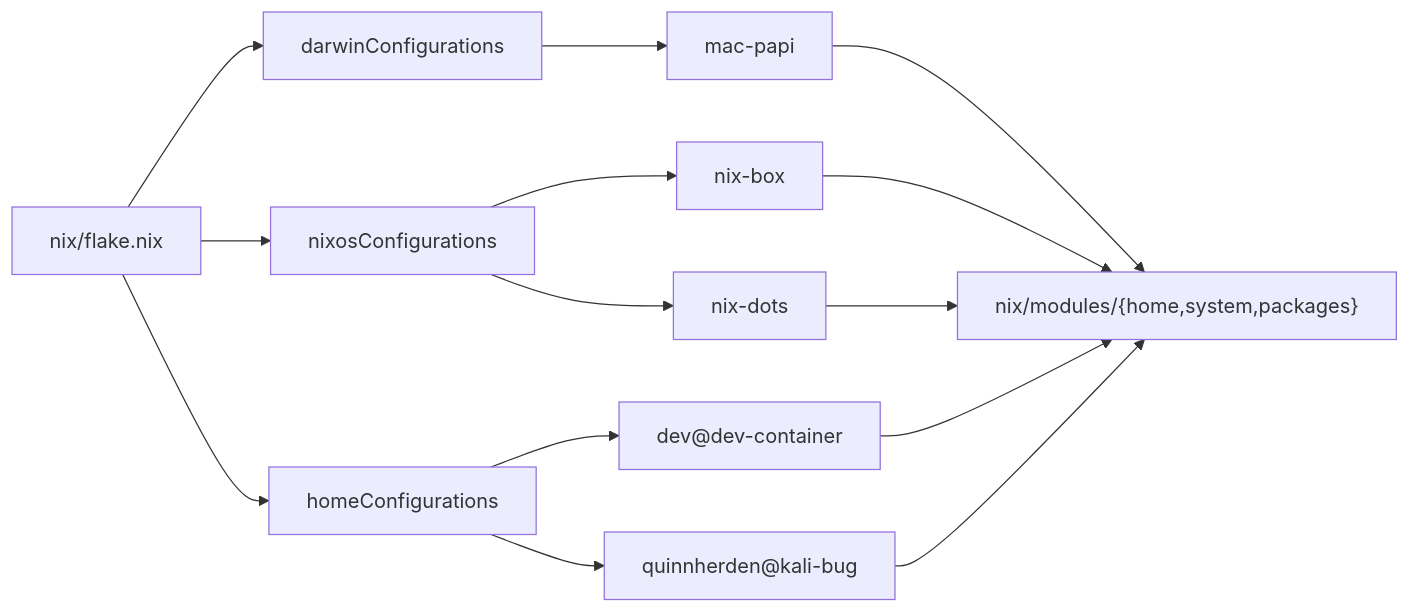
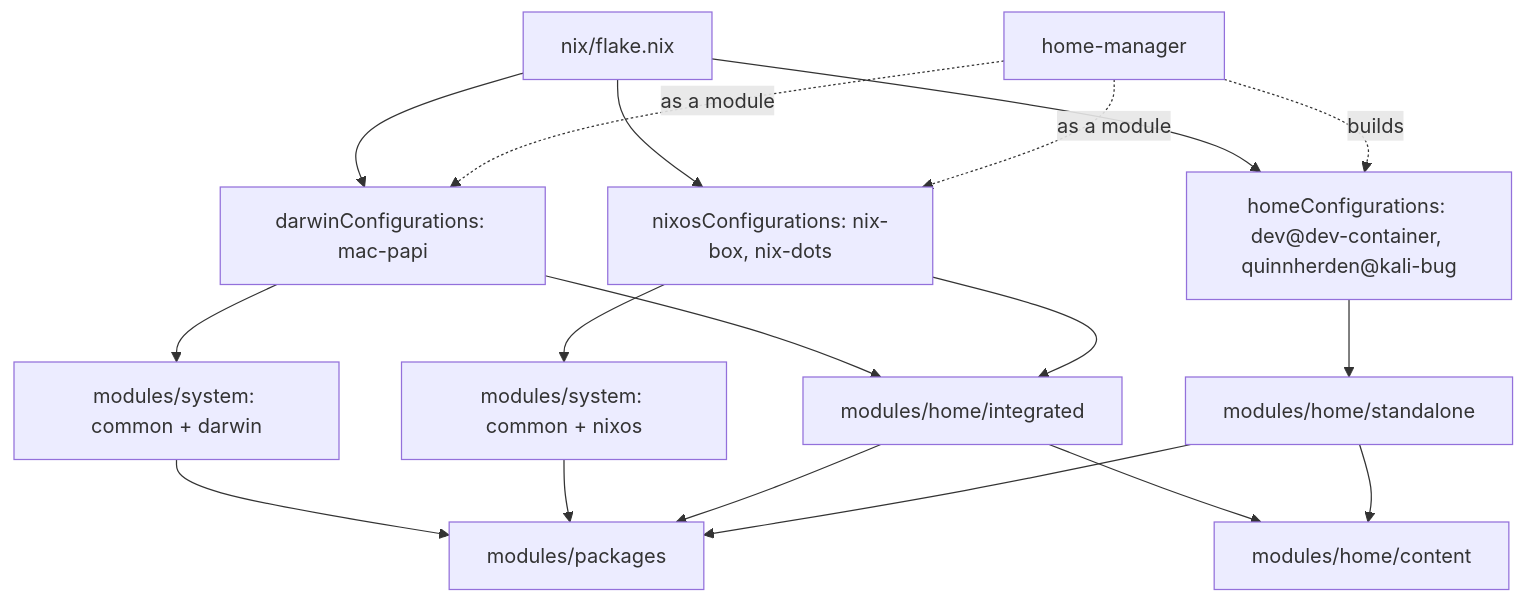
One commit to QuinnHerden/.dotfiles changed the diagram in README.md. Above: the diagram before and after it, drawn with Mermaid. The commit also changed other lines of this file, not shown here.

Commit message:
README: correct host-matrix diagram (home-manager fan-out, standalone vs integrated)
The old diagram drew every host into modules/{home,system,packages}, implying the
standalone home configs use system modules. They don't. Now: home-manager is shown
embedded as a module in darwin/NixOS and building the standalone home configs;
darwin/NixOS hosts use modules/system + modules/home/integrated, home configs use
only modules/home/standalone; both share modules/home/content; package wrappers draw
from modules/packages.

````diff
--- a/README.md
+++ b/README.md
@@ -22,18 +22,26 @@
 ```mermaid
-graph LR
+graph TD
+  hm["home-manager"]
   flake["nix/flake.nix"]
-  flake --> darwin["darwinConfigurations"]
-  flake --> nixos["nixosConfigurations"]
-  flake --> home["homeConfigurations"]
-  darwin --> mac["mac-papi"]
-  nixos --> nbox["nix-box"]
-  nixos --> ndots["nix-dots"]
-  home --> dev["dev@dev-container"]
-  home --> kali["quinnherden@kali-bug"]
-  mods["nix/modules/{home,system,packages}"]
-  mac --> mods
-  nbox --> mods
-  ndots --> mods
-  dev --> mods
-  kali --> mods
+
+  flake --> darwin["darwinConfigurations: mac-papi"]
+  flake --> nixos["nixosConfigurations: nix-box, nix-dots"]
+  flake --> home["homeConfigurations: dev@dev-container, quinnherden@kali-bug"]
+
+  hm -. "as a module" .-> darwin
+  hm -. "as a module" .-> nixos
+  hm -. "builds" .-> home
+
+  darwin --> sysd["modules/system: common + darwin"]
+  nixos --> sysn["modules/system: common + nixos"]
+  darwin --> mhi["modules/home/integrated"]
+  nixos --> mhi
+  home --> mhs["modules/home/standalone"]
+
+  mhi --> mhc["modules/home/content"]
+  mhs --> mhc
+  sysd --> pkg["modules/packages"]
+  sysn --> pkg
+  mhi --> pkg
+  mhs --> pkg
 ```
````
